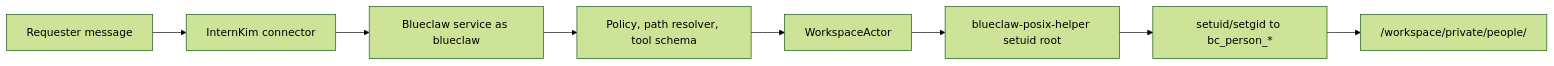
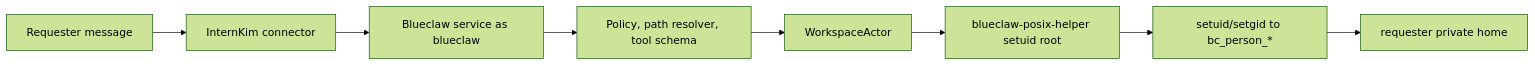
The first of 2 diagrams in README.md (yeomyeonggeori/internkim), drawn with Mermaid (forest theme) before and after one commit. The commit also changed other lines of this file and 5 other files, not shown here.

````diff
--- a/README.md
+++ b/README.md
@@ -75,10 +75,10 @@
 ```mermaid
 flowchart LR
   User["Requester message"] --> Connector["InternKim connector"]
   Connector --> Blueclaw["Blueclaw service as blueclaw"]
   Blueclaw --> Policy["Policy, path resolver, tool schema"]
   Policy --> Actor["WorkspaceActor"]
   Actor --> Helper["blueclaw-posix-helper setuid root"]
   Helper --> Requester["setuid/setgid to bc_person_*"]
-  Requester --> Workspace["/workspace/private/people/<personID>"]
+  Requester --> Workspace["requester private home"]
 ```
````
